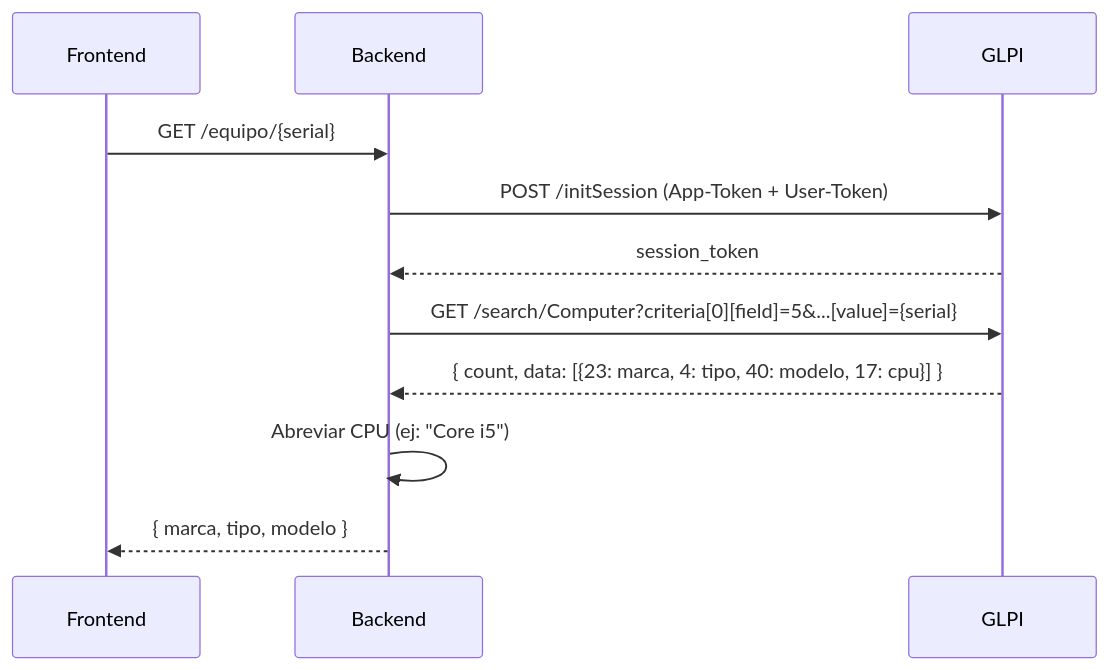
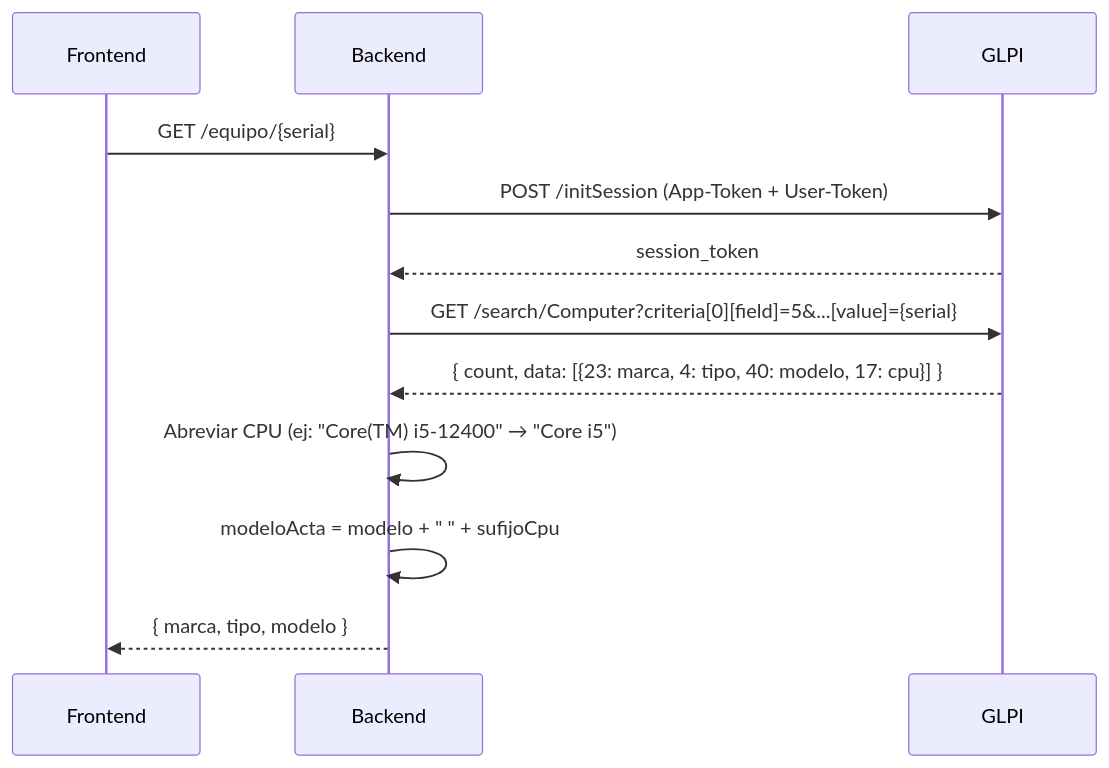
One commit to juanjosehc/actas-glpi changed the third of 5 diagrams in ARQUITECTURA.md. Above: the diagram before and after it, drawn with Mermaid. The commit also changed other lines of this file and 16 other files, not shown here.

````diff
--- a/ARQUITECTURA.md
+++ b/ARQUITECTURA.md
@@ -154,14 +215,15 @@
 ```mermaid
 sequenceDiagram
     participant U as Frontend
     participant B as Backend
     participant G as GLPI
 
     U->>B: GET /equipo/{serial}
     B->>G: POST /initSession (App-Token + User-Token)
     G-->>B: session_token
     B->>G: GET /search/Computer?criteria[0][field]=5&...[value]={serial}
     G-->>B: { count, data: [{23: marca, 4: tipo, 40: modelo, 17: cpu}] }
-    B->>B: Abreviar CPU (ej: "Core i5")
+    B->>B: Abreviar CPU (ej: "Core(TM) i5-12400" → "Core i5")
+    B->>B: modeloActa = modelo + " " + sufijoCpu
     B-->>U: { marca, tipo, modelo }
 ```
````
